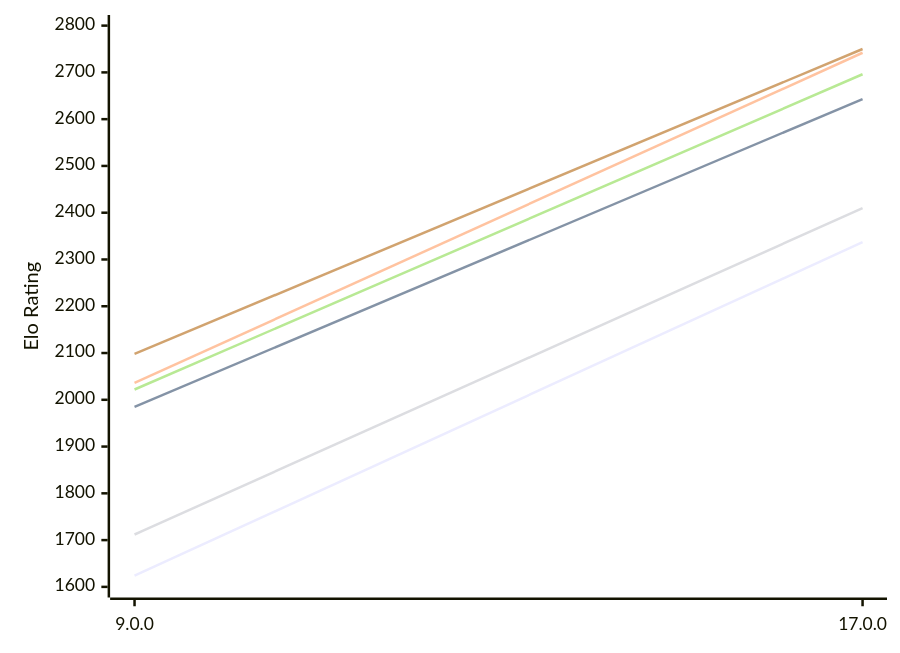
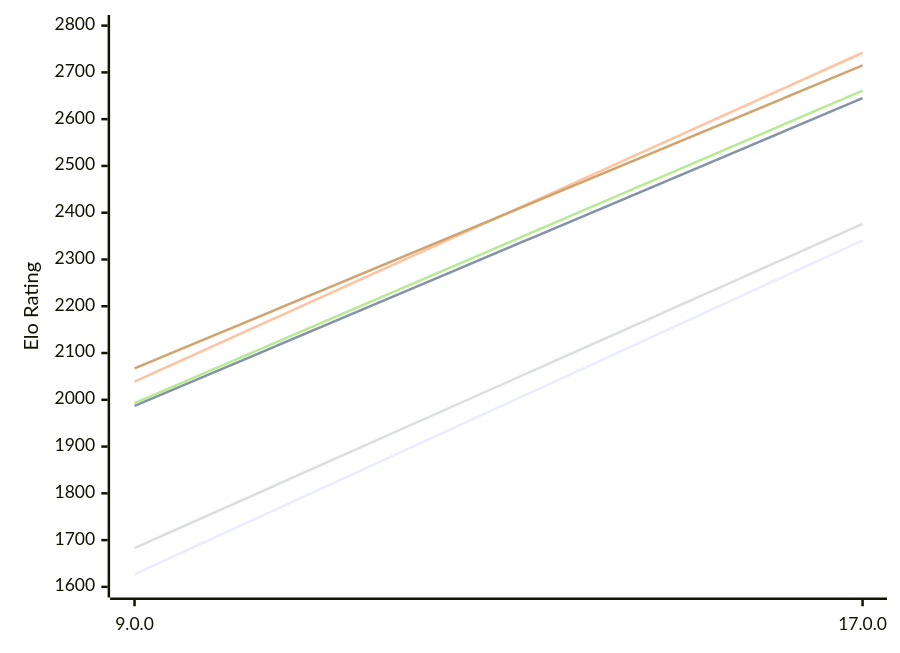
One commit to computer-chess-index/cci changed the first of 2 diagrams in engines/Cepimetheus.md. Above: the diagram before and after it, drawn with Mermaid. The commit also changed other lines of this file, not shown here.

Commit message:
Update CCI Ratings (ELO VLTC) - 2026-10-23

````diff
--- a/engines/Cepimetheus.md
+++ b/engines/Cepimetheus.md
@@ -62,12 +62,12 @@
 ```mermaid
 %%{init: {"theme":"base","themeVariables":{"seriesColors:['#a3a3a3','#222221','#faa371']}}}%%
 xychart-beta
   x-axis ["9.0.0", "17.0.0"]
   y-axis "Elo Rating" 1600 --> 2800
-  line "E1: STC (8.0+0.08s)" [1624, 2337]
-  line "E1: LTC (60.0+0.60s)" [1985, 2643]
-  line "E1: VLTC (2m24s+1.12s)" [2036, 2742]
-  line "P1: STC (8.0+0.08s)" [1712, 2410]
-  line "P1: LTC (60.0+0.60s)" [2022, 2696]
-  line "P1: VLTC (2m24s+1.12s)" [2098, 2750]
+  line "E1: STC (8.0+0.08s)" [1627, 2341]
+  line "E1: LTC (60.0+0.60s)" [1987, 2645]
+  line "E1: VLTC (2m24s+1.12s)" [2039, 2742]
+  line "P1: STC (8.0+0.08s)" [1683, 2376]
+  line "P1: LTC (60.0+0.60s)" [1993, 2661]
+  line "P1: VLTC (2m24s+1.12s)" [2067, 2715]
 ```
````
